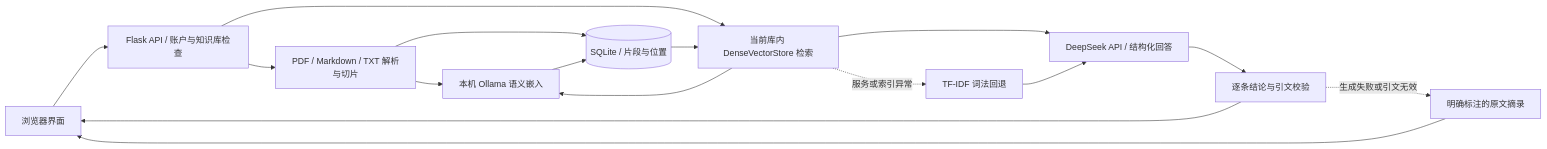
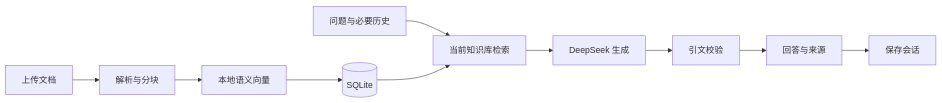
One commit to Cccchenzi/- changed the diagram in docs/architecture.md. Above: the diagram before and after it, drawn with Mermaid. The commit also changed other lines of this file and 12 other files, not shown here.

````diff
--- a/docs/architecture.md
+++ b/docs/architecture.md
@@ -18,18 +5,12 @@
 ```mermaid
 flowchart LR
-    UI[浏览器界面] --> API[Flask API / 账户与知识库检查]
-    API --> Parse[PDF / Markdown / TXT 解析与切片]
-    Parse --> Embed[本机 Ollama 语义嵌入]
-    Parse --> SQL[(SQLite / 片段与位置)]
-    Embed --> SQL
-    API --> Search[当前库内 DenseVectorStore 检索]
-    Search --> Embed
-    SQL --> Search
-    Search --> Generate[DeepSeek API / 结构化回答]
-    Generate --> Validate[逐条结论与引文校验]
-    Validate --> UI
-    Search -. 服务或索引异常 .-> Lexical[TF-IDF 词法回退]
-    Lexical --> Generate
-    Validate -. 生成失败或引文无效 .-> Extract[明确标注的原文摘录]
-    Extract --> UI
+    Upload[上传文档] --> Parse[解析与分块]
+    Parse --> Embed[本地语义向量]
+    Embed --> DB[(SQLite)]
+    Question[问题与必要历史] --> Search[当前知识库检索]
+    DB --> Search
+    Search --> Generate[DeepSeek 生成]
+    Generate --> Check[引文校验]
+    Check --> Answer[回答与来源]
+    Answer --> History[保存会话]
 ```
````
